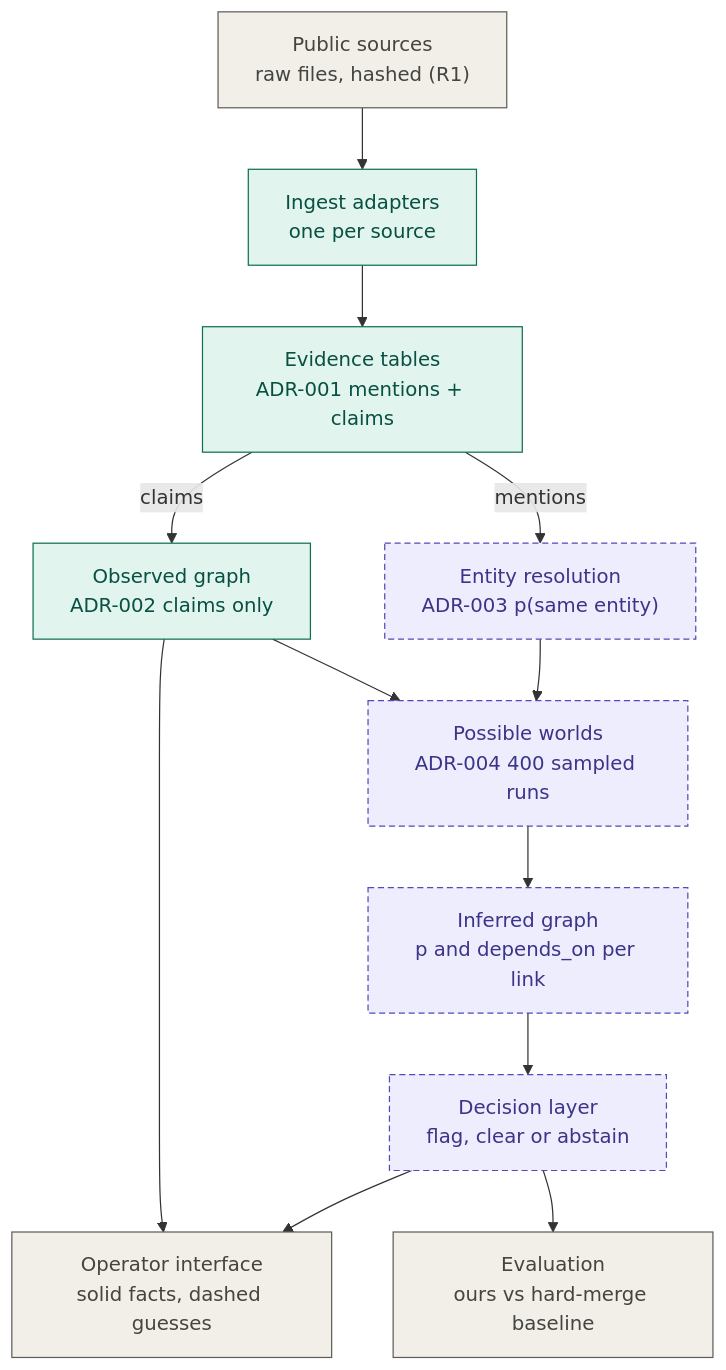
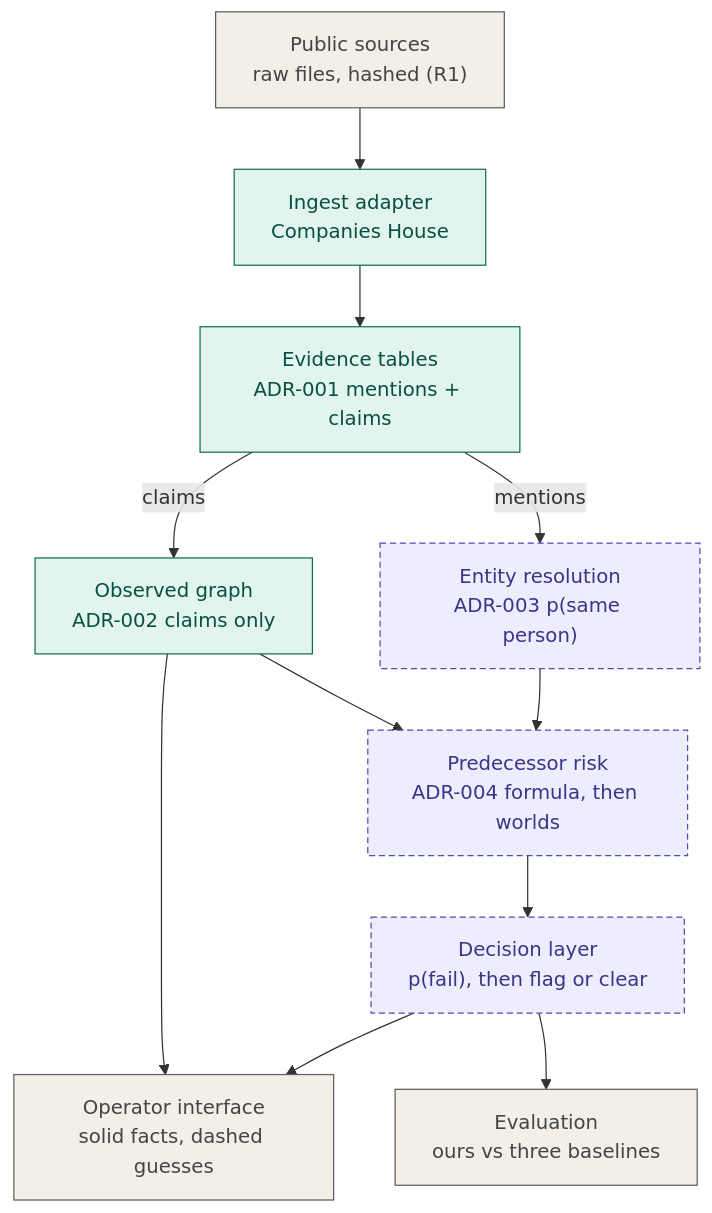
One commit to C-Nietzschmann/veritas-hackathon changed the diagram in vault/Project/Pipeline.md. Above: the diagram before and after it, drawn with Mermaid. The commit also changed other lines of this file and 8 other files, not shown here.

First line of the commit message:
Apply the review on #16: lighter MVP, three baselines, officer ids as labels

````diff
--- a/vault/Project/Pipeline.md
+++ b/vault/Project/Pipeline.md
@@ -7,25 +7,24 @@
 ```mermaid
 flowchart TD
     S["Public sources<br/>raw files, hashed (R1)"]:::neutral
-    I["Ingest adapters<br/>one per source"]:::observed
+    I["Ingest adapter<br/>Companies House"]:::observed
     E["Evidence tables<br/>ADR-001 mentions + claims"]:::observed
     O["Observed graph<br/>ADR-002 claims only"]:::observed
-    R["Entity resolution<br/>ADR-003 p(same entity)"]:::inferred
-    W["Possible worlds<br/>ADR-004 400 sampled runs"]:::inferred
-    G["Inferred graph<br/>p and depends_on per link"]:::inferred
-    D["Decision layer<br/>flag, clear or abstain"]:::inferred
+    R["Entity resolution<br/>ADR-003 p(same person)"]:::inferred
+    P["Predecessor risk<br/>ADR-004 formula, then worlds"]:::inferred
+    D["Decision layer<br/>p(fail), then flag or clear"]:::inferred
     U["Operator interface<br/>solid facts, dashed guesses"]:::neutral
-    V["Evaluation<br/>ours vs hard-merge baseline"]:::neutral
+    V["Evaluation<br/>ours vs three baselines"]:::neutral
     S --> I --> E
     E -- claims --> O
     E -- mentions --> R
-    O --> W
-    R --> W
-    W --> G --> D
+    O --> P
+    R --> P
+    P --> D
     O --> U
     D --> U
     D --> V
     classDef observed fill:#E1F5EE,stroke:#0F6E56,color:#085041
     classDef inferred fill:#EEEDFE,stroke:#534AB7,color:#3C3489,stroke-dasharray:5 3
     classDef neutral fill:#F1EFE8,stroke:#5F5E5A,color:#444441
 ```
````
